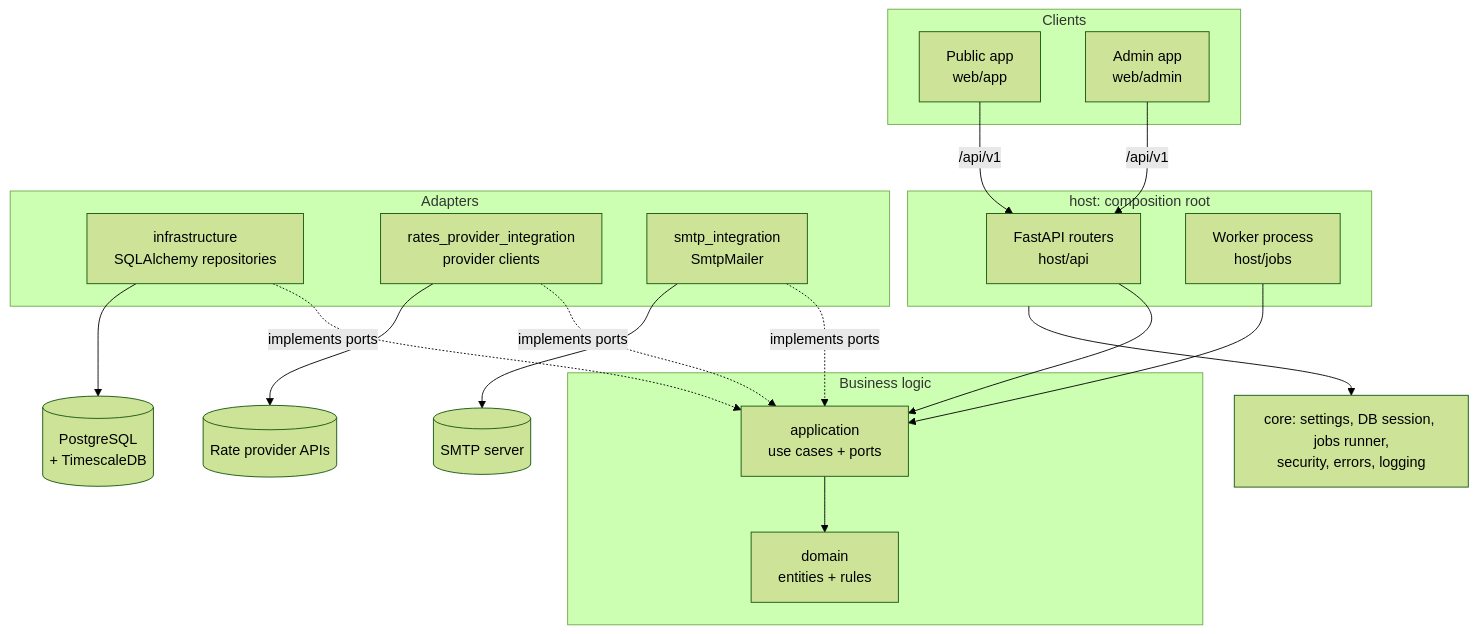
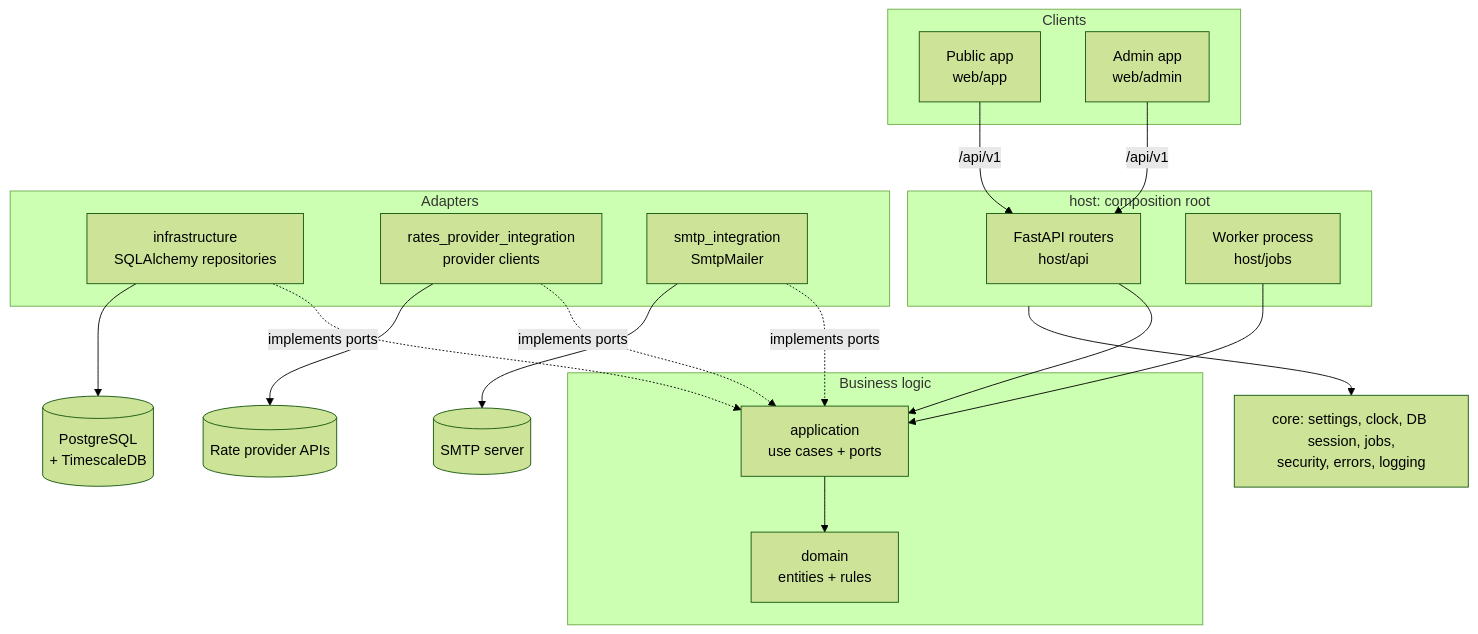
Before and after one commit to MeshCaster/currency-rates: the diagram in README.md, drawn with Mermaid (forest theme). The commit also changed other lines of this file, not shown here.

````diff
--- a/README.md
+++ b/README.md
@@ -80,36 +5,36 @@
 ```mermaid
 flowchart TB
   subgraph clients[Clients]
     app[Public app<br/>web/app]
     admin[Admin app<br/>web/admin]
   end
   subgraph host[host: composition root]
     api[FastAPI routers<br/>host/api]
     worker[Worker process<br/>host/jobs]
   end
   subgraph core_app[Business logic]
     application[application<br/>use cases + ports]
     domain[domain<br/>entities + rules]
   end
   subgraph adapters[Adapters]
     infra[infrastructure<br/>SQLAlchemy repositories]
     rpi[rates_provider_integration<br/>provider clients]
     smtp[smtp_integration<br/>SmtpMailer]
   end
-  core[core: settings, DB session, jobs runner,<br/>security, errors, logging]
+  core[core: settings, clock, DB session, jobs,<br/>security, errors, logging]
   db[(PostgreSQL<br/>+ TimescaleDB)]
   ext[(Rate provider APIs)]
   mail[(SMTP server)]
 
   app & admin -->|/api/v1| api
   api --> application
   worker --> application
   application --> domain
   infra -.implements ports.-> application
   rpi -.implements ports.-> application
   smtp -.implements ports.-> application
   infra --> db
   rpi --> ext
   smtp --> mail
   host --> core
 ```
````
